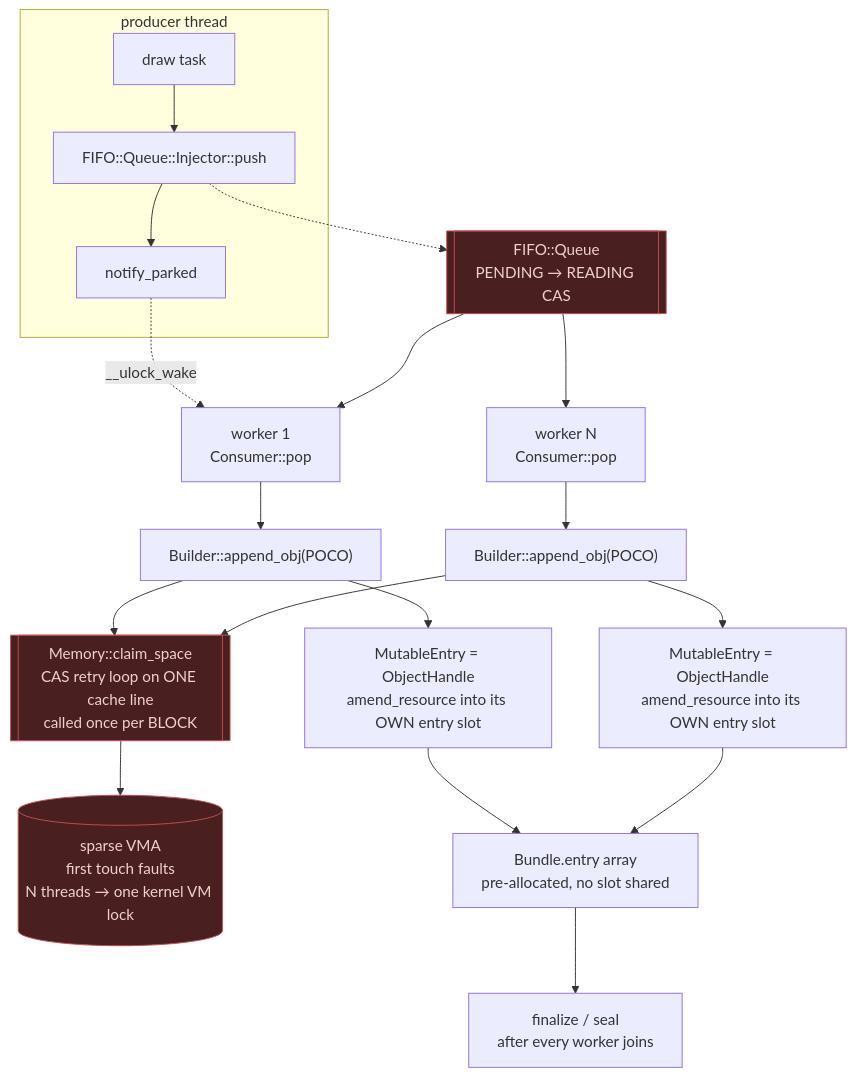
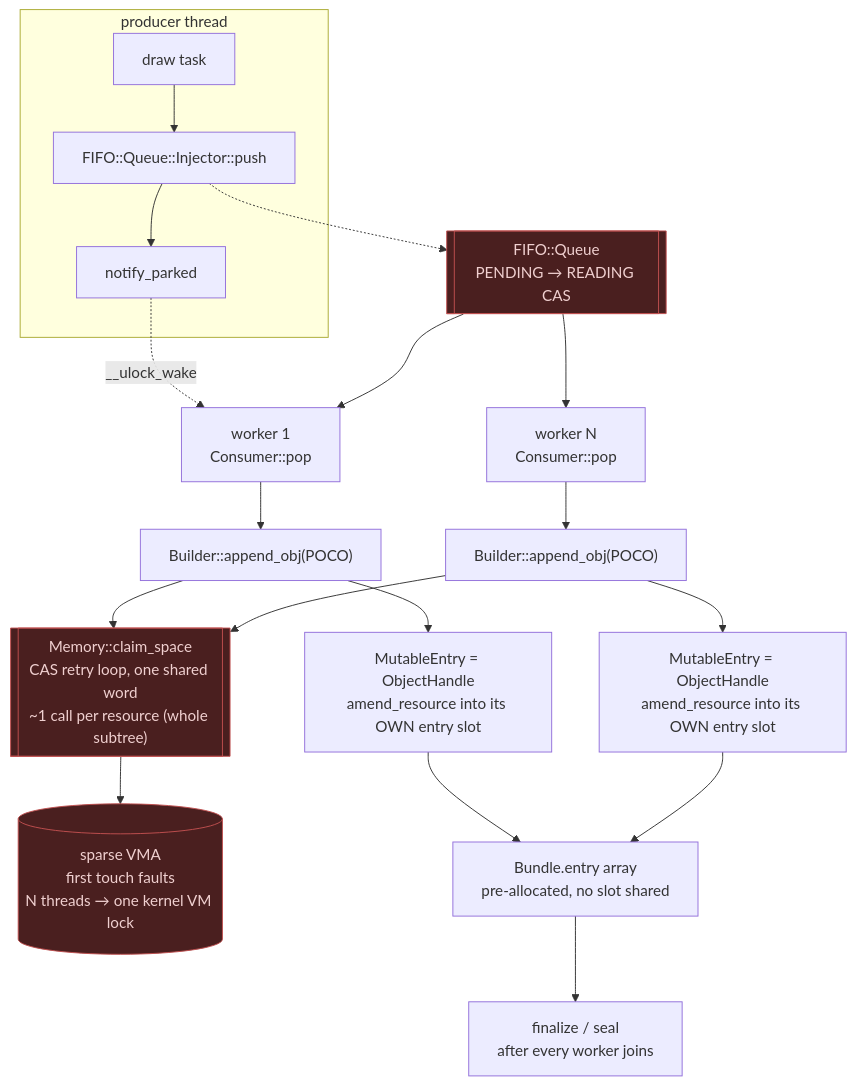
One commit to ryanlandvater/FastFHIR changed the third of 3 diagrams in architecture.md. Above: the diagram before and after it, drawn with Mermaid. The commit also changed other lines of this file and 6 other files, not shown here.

````diff
--- a/architecture.md
+++ b/architecture.md
@@ -1539,24 +1540,24 @@
 ```mermaid
 flowchart TB
     subgraph producer["producer thread"]
         P1["draw task"] --> P2["FIFO::Queue::Injector::push"]
         P2 --> P3["notify_parked"]
     end
     P2 -.-> Q[["FIFO::Queue<br/>PENDING → READING CAS"]]
     P3 -.->|"__ulock_wake"| W1
     Q --> W1["worker 1<br/>Consumer::pop"]
     Q --> W2["worker N<br/>Consumer::pop"]
     W1 --> B1["Builder::append_obj(POCO)"]
     W2 --> B2["Builder::append_obj(POCO)"]
-    B1 --> C[["Memory::claim_space<br/>CAS retry loop on ONE cache line<br/>called once per BLOCK"]]
+    B1 --> C[["Memory::claim_space<br/>CAS retry loop, one shared word<br/>~1 call per resource (whole subtree)"]]
     B2 --> C
     C --> A[("sparse VMA<br/>first touch faults<br/>N threads → one kernel VM lock")]
     B1 --> M1["MutableEntry = ObjectHandle<br/>amend_resource into its OWN entry slot"]
     B2 --> M2["MutableEntry = ObjectHandle<br/>amend_resource into its OWN entry slot"]
     M1 --> R["Bundle.entry array<br/>pre-allocated, no slot shared"]
     M2 --> R
     R --> F["finalize / seal<br/>after every worker joins"]
 
     classDef cost fill:#4a1f1f,stroke:#c05050,color:#f0d0d0
     class Q,C,A cost
 ```
````
